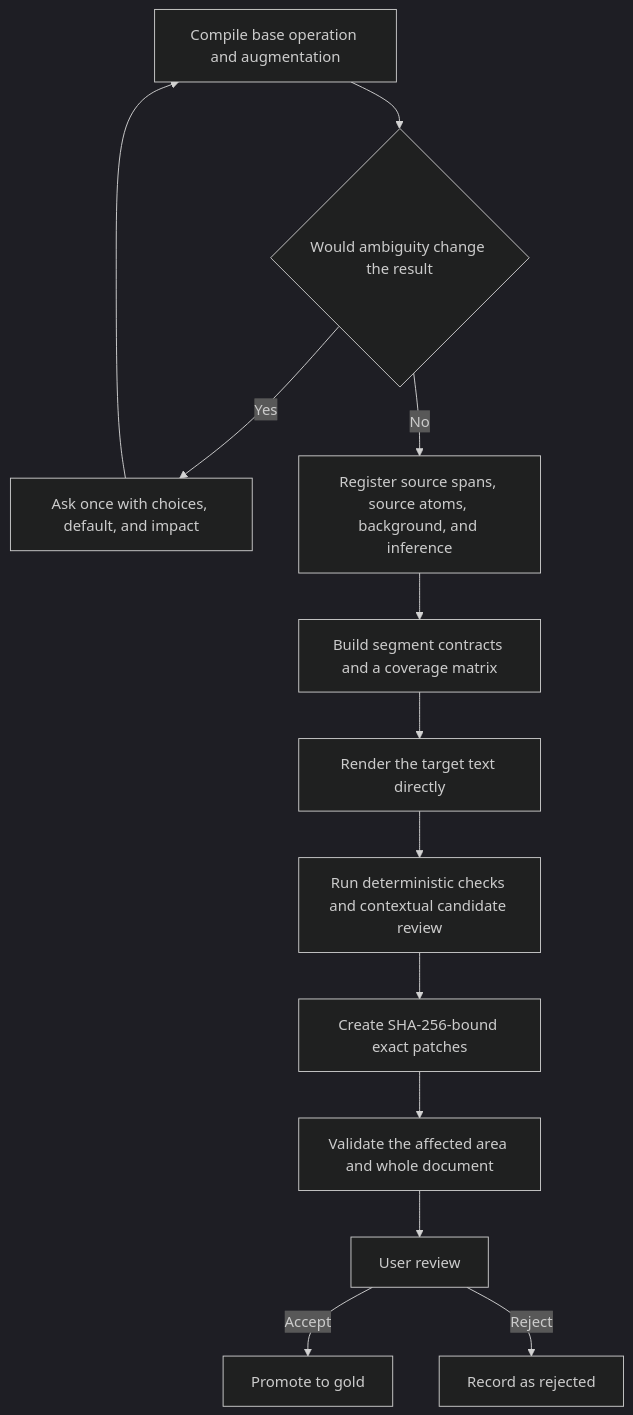
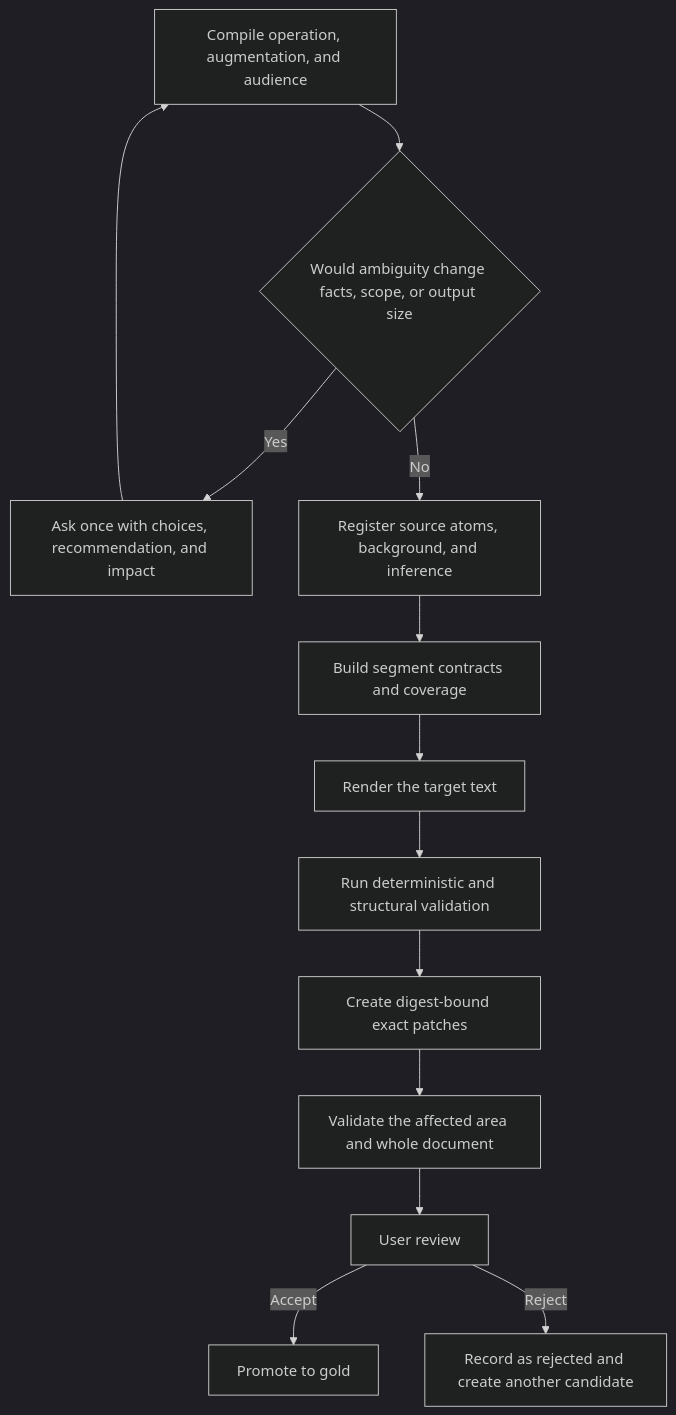
Before and after one commit to AIALRA-0/agent-human-readable-technical-writing: the diagram in README.en.md, drawn with Mermaid (dark theme). The commit also changed other lines of this file and 7 other files, not shown here.

````diff
--- a/README.en.md
+++ b/README.en.md
@@ -33,15 +37,15 @@
 ```mermaid
 flowchart TD
-    A[Compile base operation and augmentation] --> B{Would ambiguity change the result}
-    B -->|Yes| C[Ask once with choices, default, and impact]
+    A[Compile operation, augmentation, and audience] --> B{Would ambiguity change facts, scope, or output size}
+    B -->|Yes| C[Ask once with choices, recommendation, and impact]
     C --> A
-    B -->|No| D[Register source spans, source atoms, background, and inference]
-    D --> E[Build segment contracts and a coverage matrix]
-    E --> F[Render the target text directly]
-    F --> G[Run deterministic checks and contextual candidate review]
-    G --> H[Create SHA-256-bound exact patches]
+    B -->|No| D[Register source atoms, background, and inference]
+    D --> E[Build segment contracts and coverage]
+    E --> F[Render the target text]
+    F --> G[Run deterministic and structural validation]
+    G --> H[Create digest-bound exact patches]
     H --> I[Validate the affected area and whole document]
     I --> J[User review]
     J -->|Accept| K[Promote to gold]
-    J -->|Reject| L[Record as rejected]
+    J -->|Reject| L[Record as rejected and create another candidate]
 ```
````
